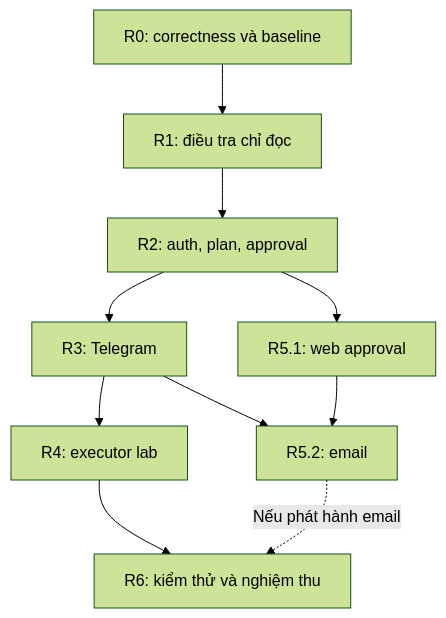
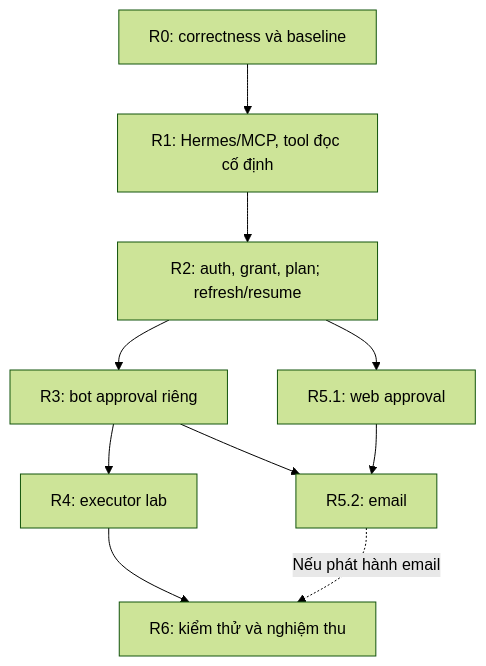
One commit to haizzdungnay/local-ai-siem-analyzer changed the diagram in docs/approval-remediation-implementation-guide.md. Above: the diagram before and after it, drawn with Mermaid (forest theme). The commit also changed other lines of this file and 6 other files, not shown here.

Commit message:
docs: define Hermes MCP orchestration and client tool grants

````diff
--- a/docs/approval-remediation-implementation-guide.md
+++ b/docs/approval-remediation-implementation-guide.md
@@ -41,12 +43,12 @@
 ```mermaid
 flowchart TD
-    R0["R0: correctness và baseline"] --> R1["R1: điều tra chỉ đọc"]
-    R1 --> R2["R2: auth, plan, approval"]
-    R2 --> R3["R3: Telegram"]
+    R0["R0: correctness và baseline"] --> R1["R1: Hermes/MCP, tool đọc cố định"]
+    R1 --> R2["R2: auth, grant, plan; refresh/resume"]
+    R2 --> R3["R3: bot approval riêng"]
     R3 --> R4["R4: executor lab"]
     R2 --> WEB["R5.1: web approval"]
     WEB --> MAIL["R5.2: email"]
     R3 --> MAIL
     R4 --> R6["R6: kiểm thử và nghiệm thu"]
     MAIL -. "Nếu phát hành email" .-> R6
 ```
````
